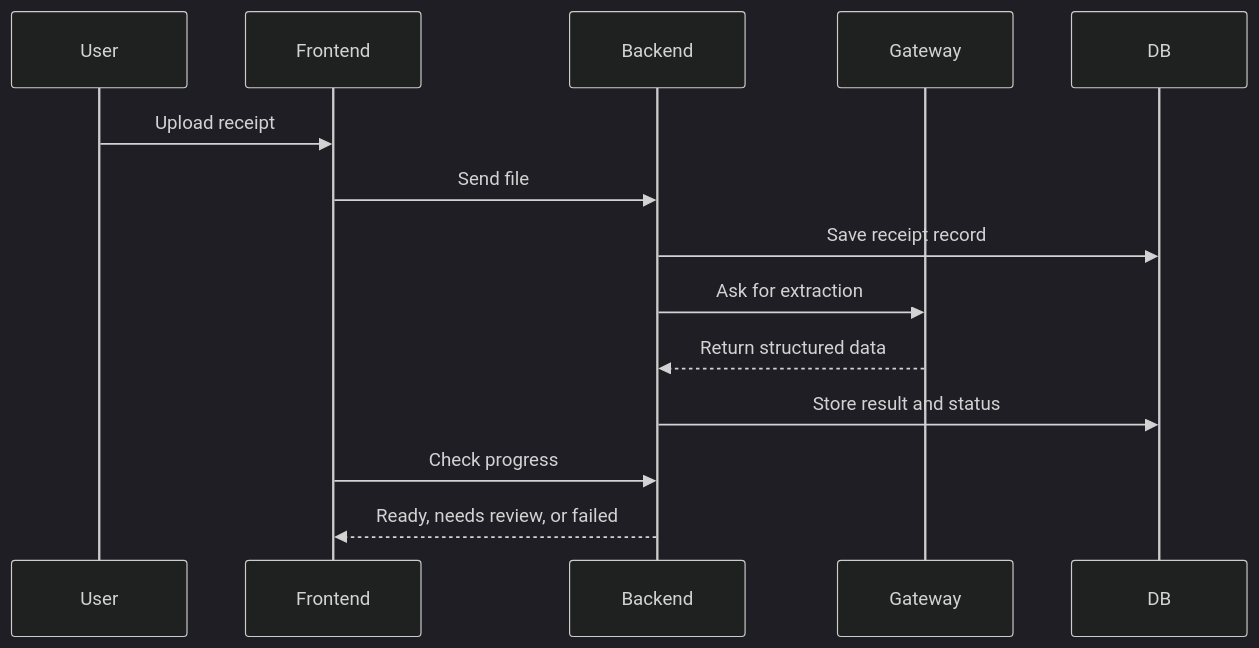
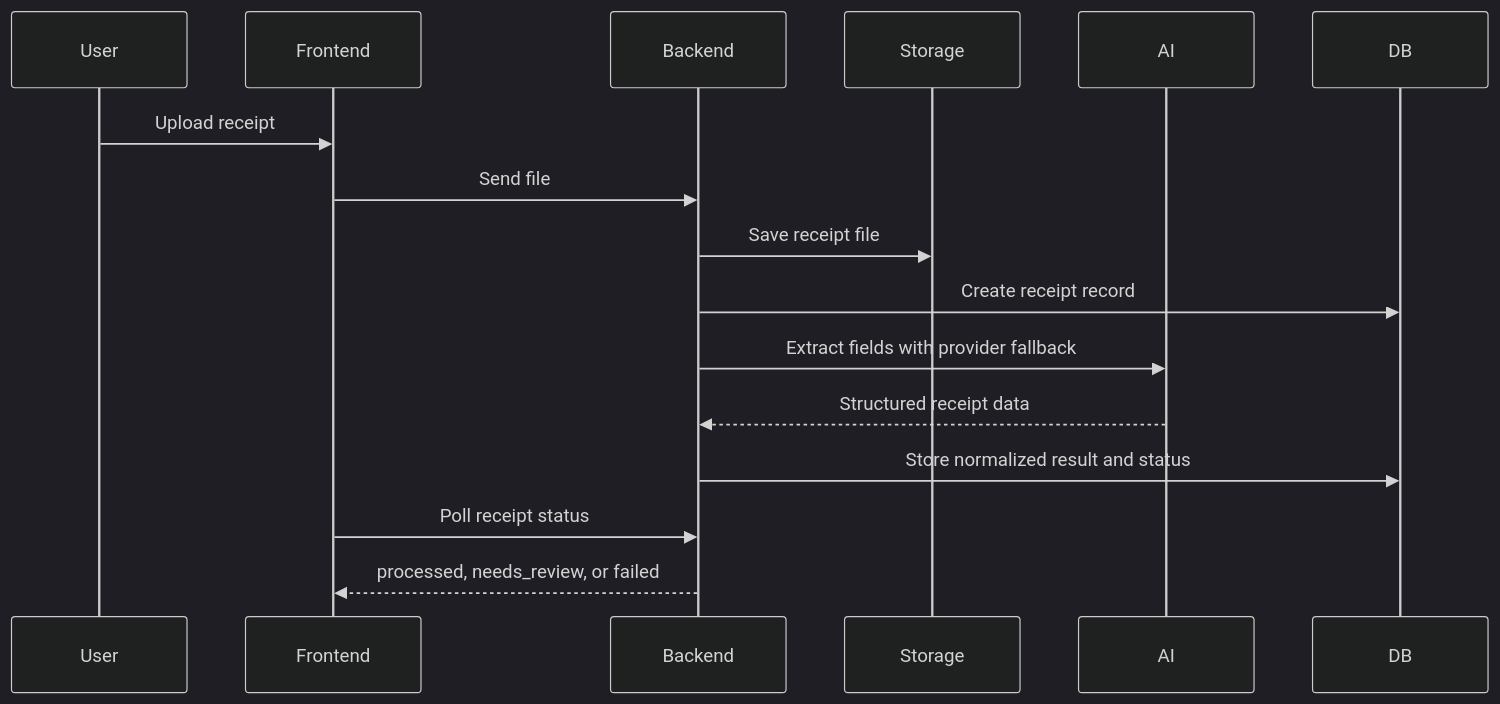
The diagram in README.md (dushyant4665/receiptmind), drawn with Mermaid (dark theme) before and after one commit. The commit also changed other lines of this file and 4 other files, not shown here.

````diff
--- a/README.md
+++ b/README.md
@@ -7,17 +14,19 @@
 ```mermaid
 sequenceDiagram
     participant User
     participant Frontend
     participant Backend
-    participant Gateway
+    participant Storage
+    participant AI
     participant DB
 
     User->>Frontend: Upload receipt
     Frontend->>Backend: Send file
-    Backend->>DB: Save receipt record
-    Backend->>Gateway: Ask for extraction
-    Gateway-->>Backend: Return structured data
-    Backend->>DB: Store result and status
-    Frontend->>Backend: Check progress
-    Backend-->>Frontend: Ready, needs review, or failed
+    Backend->>Storage: Save receipt file
+    Backend->>DB: Create receipt record
+    Backend->>AI: Extract fields with provider fallback
+    AI-->>Backend: Structured receipt data
+    Backend->>DB: Store normalized result and status
+    Frontend->>Backend: Poll receipt status
+    Backend-->>Frontend: processed, needs_review, or failed
 ```
````
